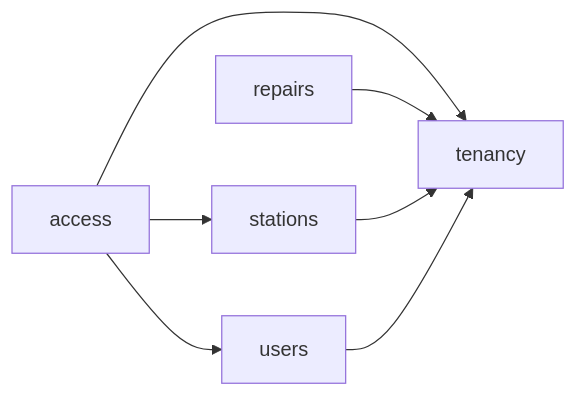
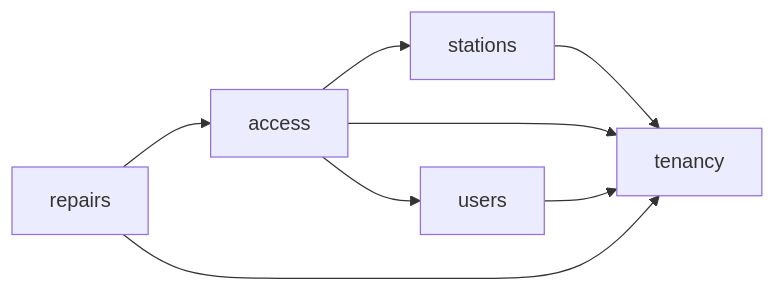
Before and after one commit to luisgtzaviles/SrTaller-2.0: the diagram in docs/architecture-readiness/dec-005-materialization/DEPENDENCY_GRAPH.md, drawn with Mermaid. The commit also changed other lines of this file and 48 other files, not shown here.

Commit message:
feat(access): enforce contextual authorization for repairs

````diff
--- a/docs/architecture-readiness/dec-005-materialization/DEPENDENCY_GRAPH.md
+++ b/docs/architecture-readiness/dec-005-materialization/DEPENDENCY_GRAPH.md
@@ -5,9 +5,10 @@
 ```mermaid
 flowchart LR
   access --> stations
   access --> tenancy
   access --> users
+  repairs --> access
   repairs --> tenancy
   stations --> tenancy
   users --> tenancy
 ```
````
